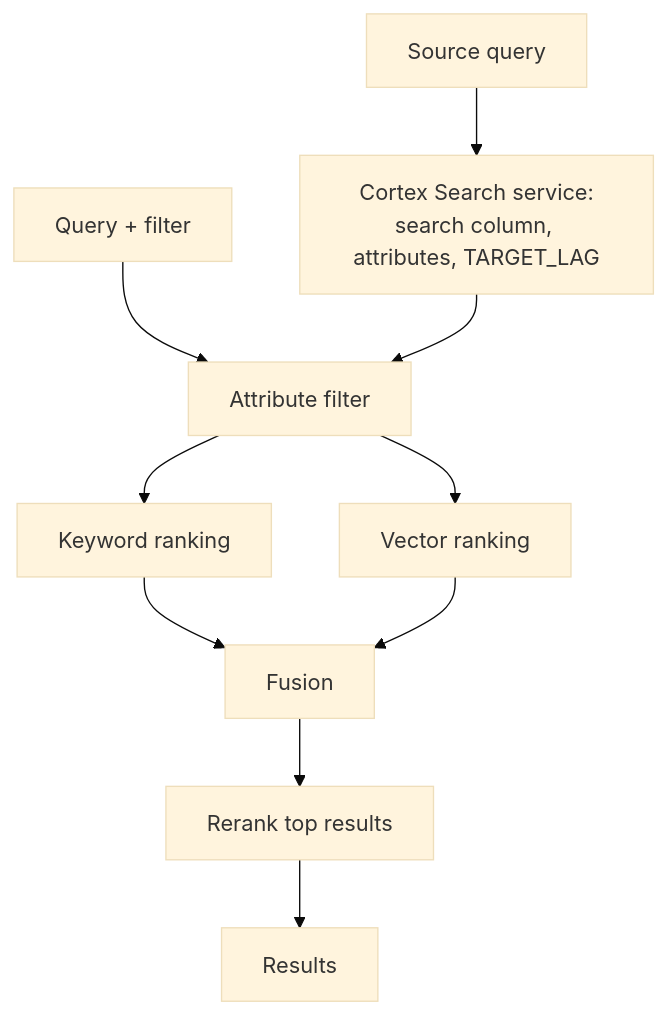
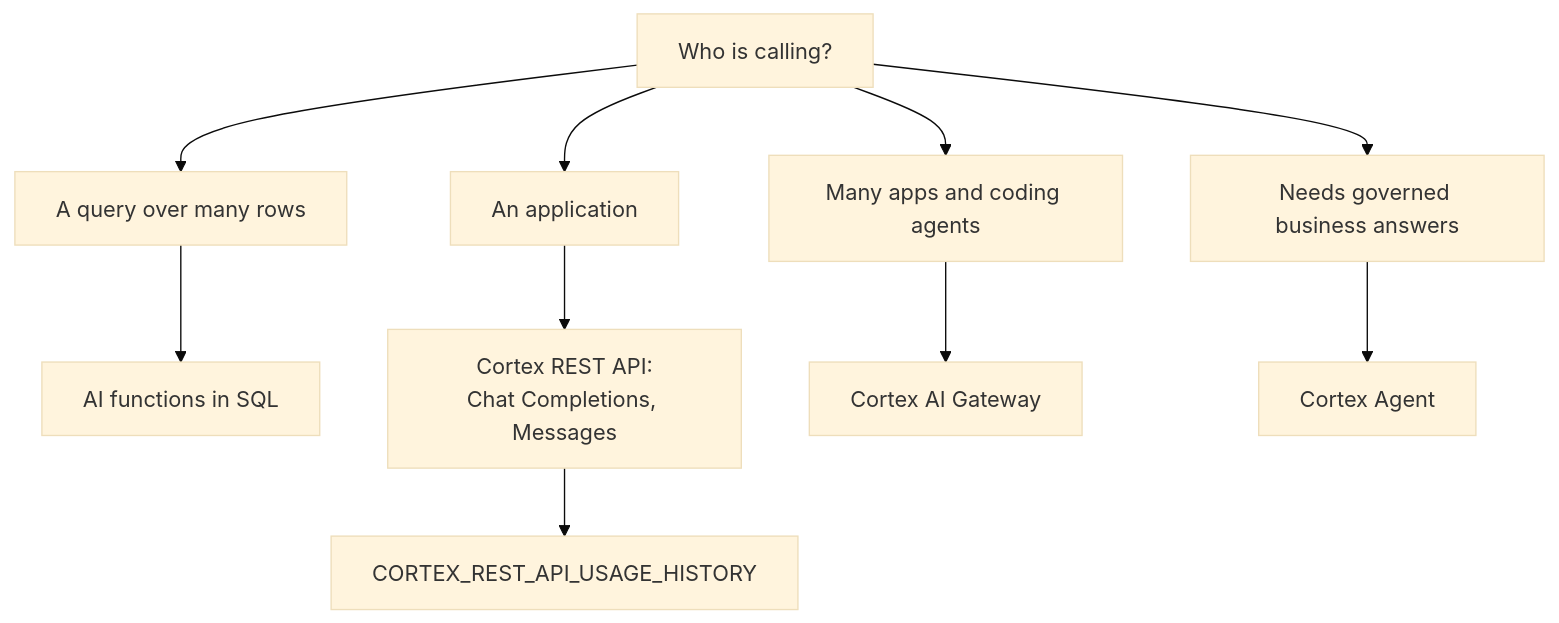
The diagram in data/diagrams/a3309.mmd (Abhi4972/AI-From-Zero-to-Hero), drawn with Mermaid (base theme) before and after one commit. The commit also changed 74 other files, not shown here.

```diff
--- a/data/diagrams/a3309.mmd
+++ b/data/diagrams/a3309.mmd
@@ -1,11 +1,11 @@
-%% after: Creating the service
+%% after: Which door for which caller
 flowchart TD
-  SQ["Source query"] --> SVC["Cortex Search service:<br/>search column, attributes, TARGET_LAG"]
-  Q["Query + filter"] --> F["Attribute filter"]
-  SVC --> F
-  F --> KW["Keyword ranking"]
-  F --> VE["Vector ranking"]
-  KW --> FU["Fusion"]
-  VE --> FU
-  FU --> RR["Rerank top results"]
-  RR --> RES["Results"]
+  Q["Who is calling?"] --> P["A query over many rows"]
+  Q --> A["An application"]
+  Q --> M["Many apps and coding agents"]
+  Q --> G["Needs governed business answers"]
+  P --> F["AI functions in SQL"]
+  A --> R["Cortex REST API:<br/>Chat Completions, Messages"]
+  M --> GW["Cortex AI Gateway"]
+  G --> AG["Cortex Agent"]
+  R --> U["CORTEX_REST_API_USAGE_HISTORY"]
```
